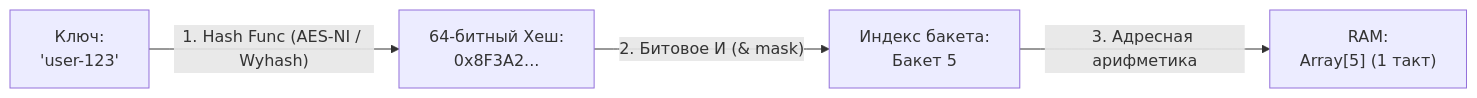
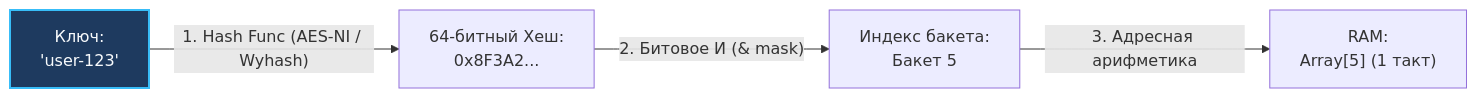
One commit to UnrealTemplier/go-textbook changed the first of 2 diagrams in sources/20. Алгоритмы и структуры данных (DSA) на Go/03. Хеширование/2. Хеш таблица. Реализация.md. Above: the diagram before and after it, drawn with Mermaid. The commit also changed other lines of this file and 1666 other files, not shown here.

First line of the commit message:
feat(mermaid): add semantic color classDef to 1369 colorless flowchart/graph diagrams

````diff
--- a/sources/20. Алгоритмы и структуры данных (DSA) на Go/03. Хеширование/2. Хеш таблица. Реализация.md
+++ b/sources/20. Алгоритмы и структуры данных (DSA) на Go/03. Хеширование/2. Хеш таблица. Реализация.md
@@ -21,6 +21,16 @@
 ```mermaid
 flowchart LR
-    A["Ключ:<br/>'user-123'"] -->|"1. Hash Func (AES-NI / Wyhash)"| B["64-битный Хеш:<br/>0x8F3A2..."]
+    classDef process  fill:#1e293b,stroke:#38bdf8,stroke-width:1px,color:#f8fafc
+    classDef success  fill:#064e3b,stroke:#34d399,stroke-width:1px,color:#f8fafc
+    classDef error    fill:#7f1d1d,stroke:#f87171,stroke-width:1px,color:#f8fafc
+    classDef warning  fill:#78350f,stroke:#fbbf24,stroke-width:1px,color:#f8fafc
+    classDef entry    fill:#1e3a5f,stroke:#38bdf8,stroke-width:2px,color:#f8fafc
+    classDef aux      fill:#334155,stroke:#64748b,stroke-width:1px,color:#f8fafc
+    classDef system   fill:#312e81,stroke:#a78bfa,stroke-width:1px,color:#f8fafc
+    classDef data     fill:#132d29,stroke:#2dd4bf,stroke-width:1px,color:#f8fafc
+    classDef network  fill:#881337,stroke:#fb7185,stroke-width:1px,color:#f8fafc
+    classDef accent   fill:#1e1b4b,stroke:#818cf8,stroke-width:1px,color:#f8fafc
+    A["Ключ:<br/>'user-123'"]:::entry -->|"1. Hash Func (AES-NI / Wyhash)"| B["64-битный Хеш:<br/>0x8F3A2..."]
     B -->|"2. Битовое И (& mask)"| C["Индекс бакета:<br/>Бакет 5"]
     C -->|"3. Адресная арифметика"| D["RAM:<br/>Array[5] (1 такт)"]
 ```
````
